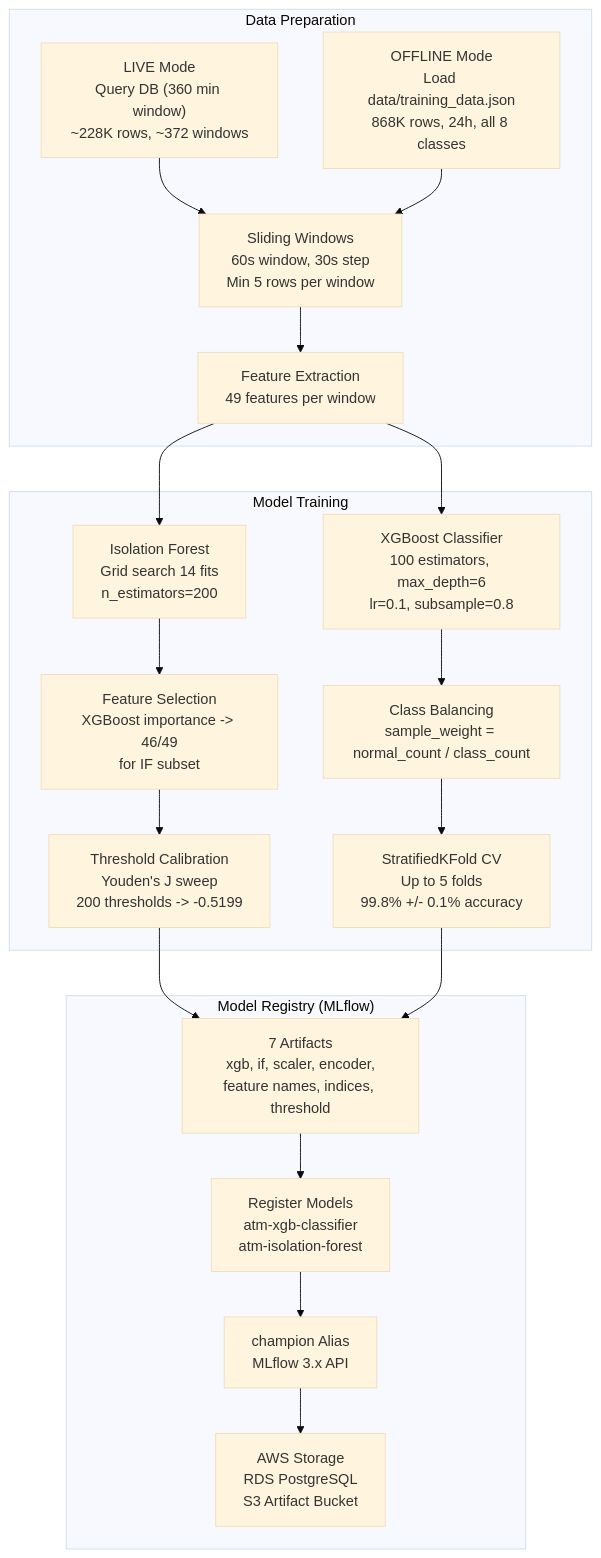
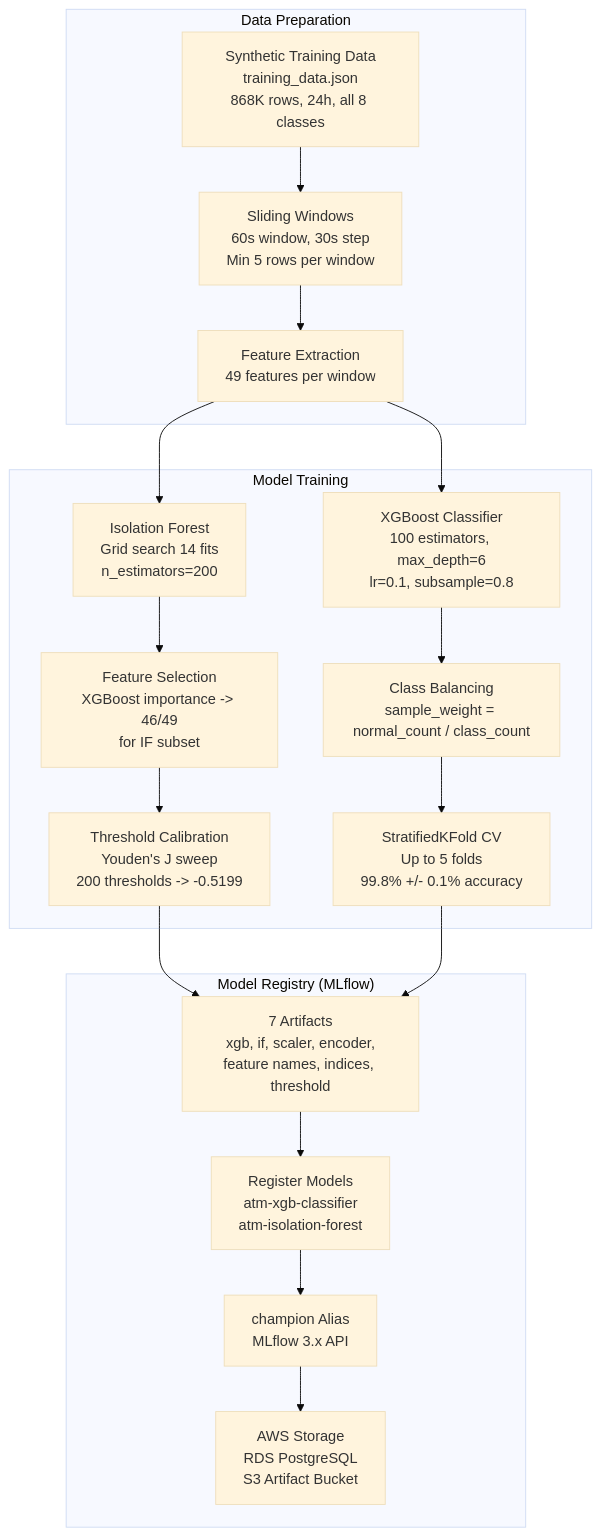
One commit to AhmedIkram05/laad changed the seventh of 8 diagrams in README.md. Above: the diagram before and after it, drawn with Mermaid (base theme). The commit also changed other lines of this file and 1 other file, not shown here.

````diff
--- a/README.md
+++ b/README.md
@@ -608,30 +579,29 @@
 ```mermaid
 flowchart TD
   subgraph Data ["Data Preparation"]
-    LIVE["LIVE Mode<br/>Query DB (360 min window)<br/>~228K rows, ~372 windows"]
-    OFFLINE["OFFLINE Mode<br/>Load data/training_data.json<br/>868K rows, 24h, all 8 classes"]
+    SYNTH["Synthetic Training Data<br/>training_data.json<br/>868K rows, 24h, all 8 classes"]
     WIN["Sliding Windows<br/>60s window, 30s step<br/>Min 5 rows per window"]
     FE["Feature Extraction<br/>49 features per window"]
   end
 
   subgraph Training ["Model Training"]
     XGB_TRAIN["XGBoost Classifier<br/>100 estimators, max_depth=6<br/>lr=0.1, subsample=0.8"]
     CV["StratifiedKFold CV<br/>Up to 5 folds<br/>99.8% +/- 0.1% accuracy"]
     BAL["Class Balancing<br/>sample_weight = normal_count / class_count"]
     IF_TRAIN["Isolation Forest<br/>Grid search 14 fits<br/>n_estimators=200"]
     FS["Feature Selection<br/>XGBoost importance -> 46/49<br/>for IF subset"]
     TC["Threshold Calibration<br/>Youden's J sweep<br/>200 thresholds -> -0.5199"]
   end
 
   subgraph Registry ["Model Registry (MLflow)"]
     SAVE["7 Artifacts<br/>xgb, if, scaler, encoder,<br/>feature names, indices, threshold"]
     REG["Register Models<br/>atm-xgb-classifier<br/>atm-isolation-forest"]
     ALIAS["champion Alias<br/>MLflow 3.x API"]
     AWS["AWS Storage<br/>RDS PostgreSQL<br/>S3 Artifact Bucket"]
   end
 
-  LIVE & OFFLINE --> WIN --> FE
+  SYNTH --> WIN --> FE
   FE --> XGB_TRAIN --> BAL --> CV
   FE --> IF_TRAIN --> FS --> TC
   TC & CV --> SAVE --> REG --> ALIAS --> AWS
 ```
````
